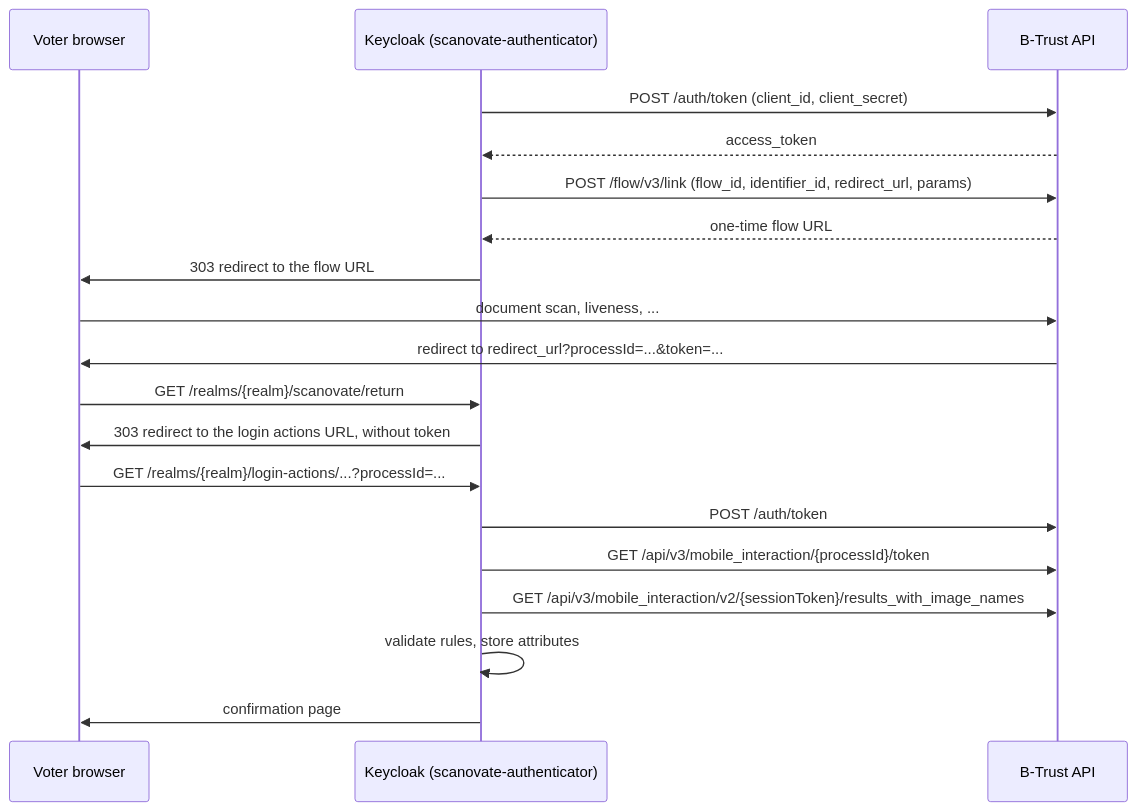
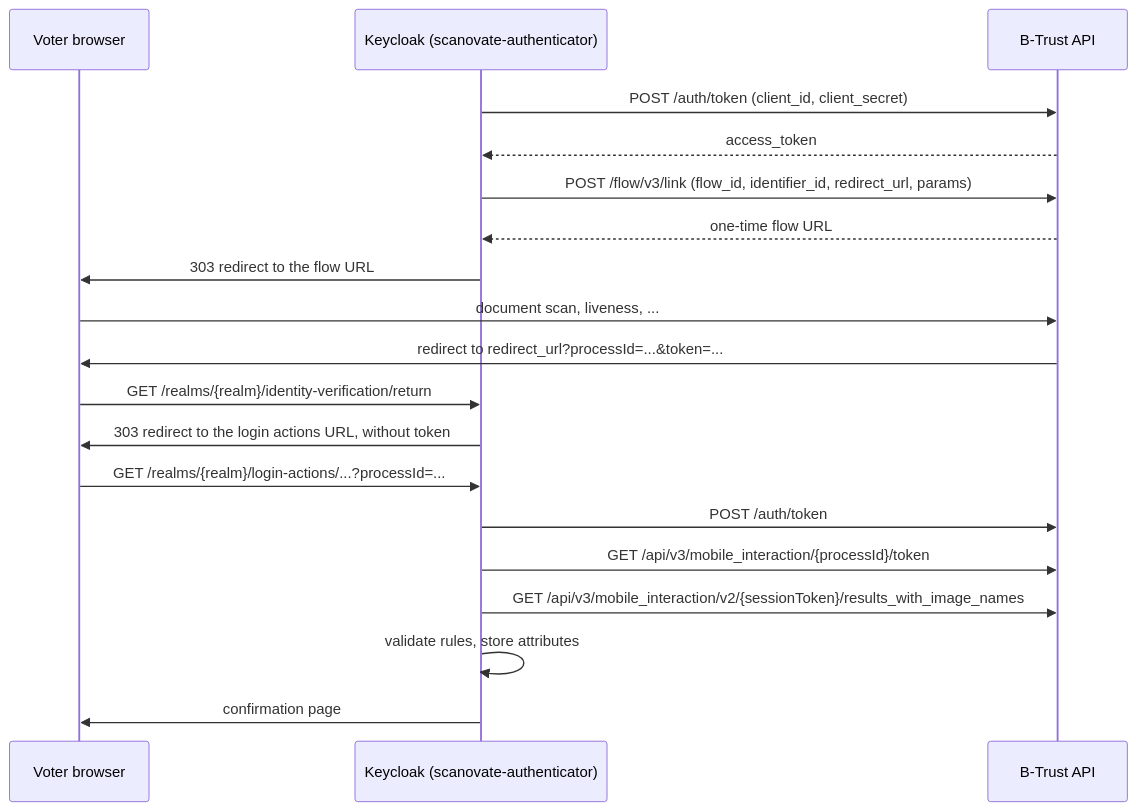
Before and after one commit to sequentech/step: the first of 3 diagrams in docs/docusaurus/docs/integrations/scanovate_identity_verification_guide.md, drawn with Mermaid. The commit also changed other lines of this file and 12 other files, not shown here.

````diff
--- a/docs/docusaurus/docs/integrations/scanovate_identity_verification_guide.md
+++ b/docs/docusaurus/docs/integrations/scanovate_identity_verification_guide.md
@@ -32,21 +32,21 @@
 ```mermaid
 sequenceDiagram
     participant V as Voter browser
     participant K as Keycloak (scanovate-authenticator)
     participant B as B-Trust API
     K->>B: POST /auth/token (client_id, client_secret)
     B-->>K: access_token
     K->>B: POST /flow/v3/link (flow_id, identifier_id, redirect_url, params)
     B-->>K: one-time flow URL
     K->>V: 303 redirect to the flow URL
     V->>B: document scan, liveness, ...
     B->>V: redirect to redirect_url?processId=...&token=...
-    V->>K: GET /realms/{realm}/scanovate/return
+    V->>K: GET /realms/{realm}/identity-verification/return
     K->>V: 303 redirect to the login actions URL, without token
     V->>K: GET /realms/{realm}/login-actions/...?processId=...
     K->>B: POST /auth/token
     K->>B: GET /api/v3/mobile_interaction/{processId}/token
     K->>B: GET /api/v3/mobile_interaction/v2/{sessionToken}/results_with_image_names
     K->>K: validate rules, store attributes
     K->>V: confirmation page
 ```
````
